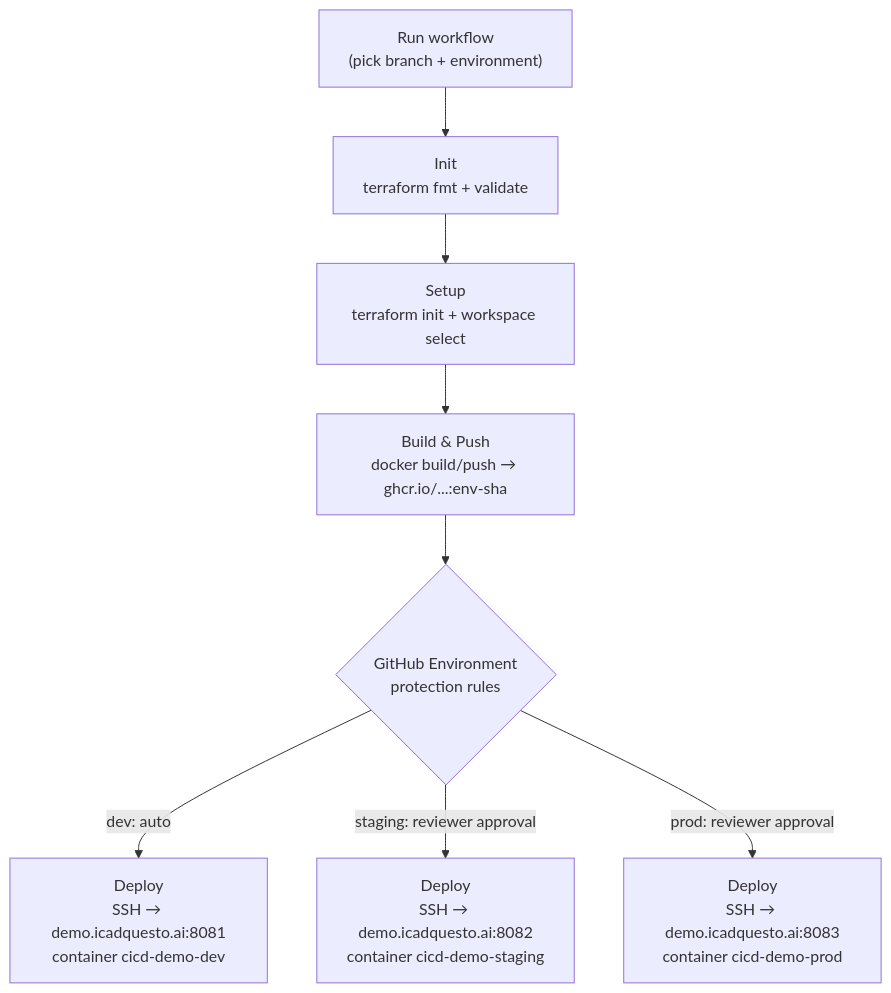
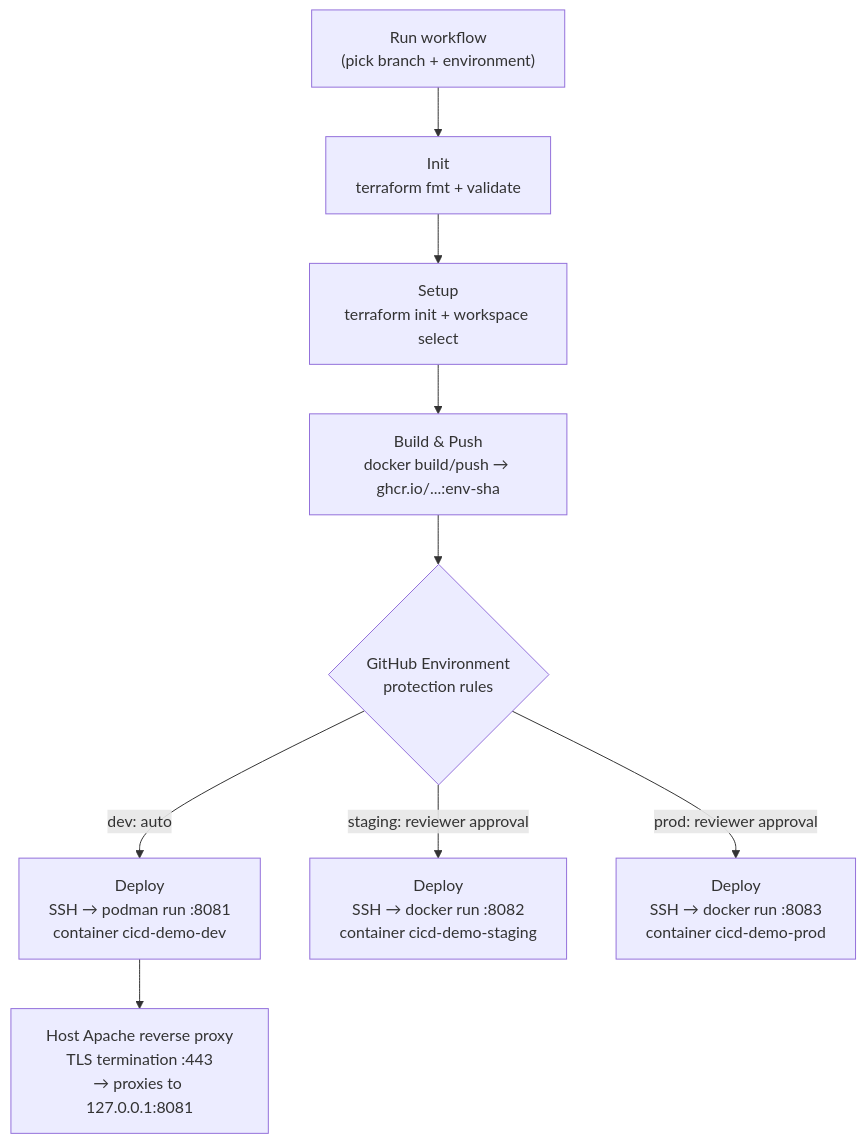
Before and after one commit to chandnitin333/cicd-demo: the diagram in README.md, drawn with Mermaid. The commit also changed other lines of this file and 4 other files, not shown here.

Commit message:
Migrate from Nginx to Apache in Docker setup; update README and Terraform outputs for environment changes

````diff
--- a/README.md
+++ b/README.md
@@ -40,10 +40,11 @@
 ```mermaid
 flowchart TD
     A["Run workflow\n(pick branch + environment)"] --> B[Init\nterraform fmt + validate]
     B --> C["Setup\nterraform init + workspace select"]
     C --> D["Build & Push\ndocker build/push → ghcr.io/...:env-sha"]
     D --> E{GitHub Environment\nprotection rules}
-    E -->|dev: auto| F1["Deploy\nSSH → demo.icadquesto.ai:8081\ncontainer cicd-demo-dev"]
-    E -->|staging: reviewer approval| F2["Deploy\nSSH → demo.icadquesto.ai:8082\ncontainer cicd-demo-staging"]
-    E -->|prod: reviewer approval| F3["Deploy\nSSH → demo.icadquesto.ai:8083\ncontainer cicd-demo-prod"]
+    E -->|dev: auto| F1["Deploy\nSSH → podman run :8081\ncontainer cicd-demo-dev"]
+    E -->|staging: reviewer approval| F2["Deploy\nSSH → docker run :8082\ncontainer cicd-demo-staging"]
+    E -->|prod: reviewer approval| F3["Deploy\nSSH → docker run :8083\ncontainer cicd-demo-prod"]
+    F1 --> G["Host Apache reverse proxy\nTLS termination :443\n→ proxies to 127.0.0.1:8081"]
 ```
````
